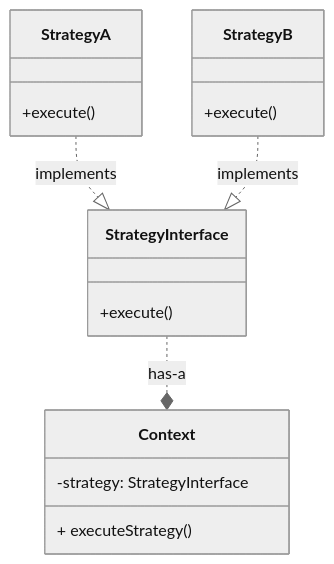
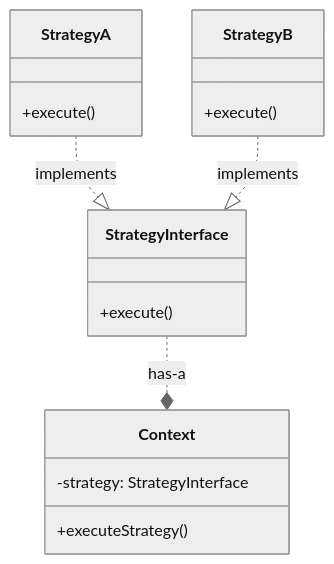
One commit to EliFuzz/tech-labs changed diagram 21 of 23 in docs/education/03-design-patterns/05-gof.mdx. Above: the diagram before and after it, drawn with Mermaid (neutral theme). The commit also changed other lines of this file and 2 other files, not shown here.

````diff
--- a/docs/education/03-design-patterns/05-gof.mdx
+++ b/docs/education/03-design-patterns/05-gof.mdx
@@ -640,21 +744,22 @@
           ```mermaid
           classDiagram
           direction TB
+
           class Context {
-          -strategy: StrategyInterface
-          + executeStrategy()
-        }
+            -strategy: StrategyInterface
+            +executeStrategy()
+          }
           class StrategyInterface {
-          +execute()
-        }
+            +execute()
+          }
           class StrategyA {
-          +execute()
-        }
+            +execute()
+          }
           class StrategyB {
-          +execute()
-        }
+            +execute()
+          }
 
           StrategyInterface ..* Context : has-a
           StrategyA ..|> StrategyInterface : implements
           StrategyB ..|> StrategyInterface : implements
           ```
````
